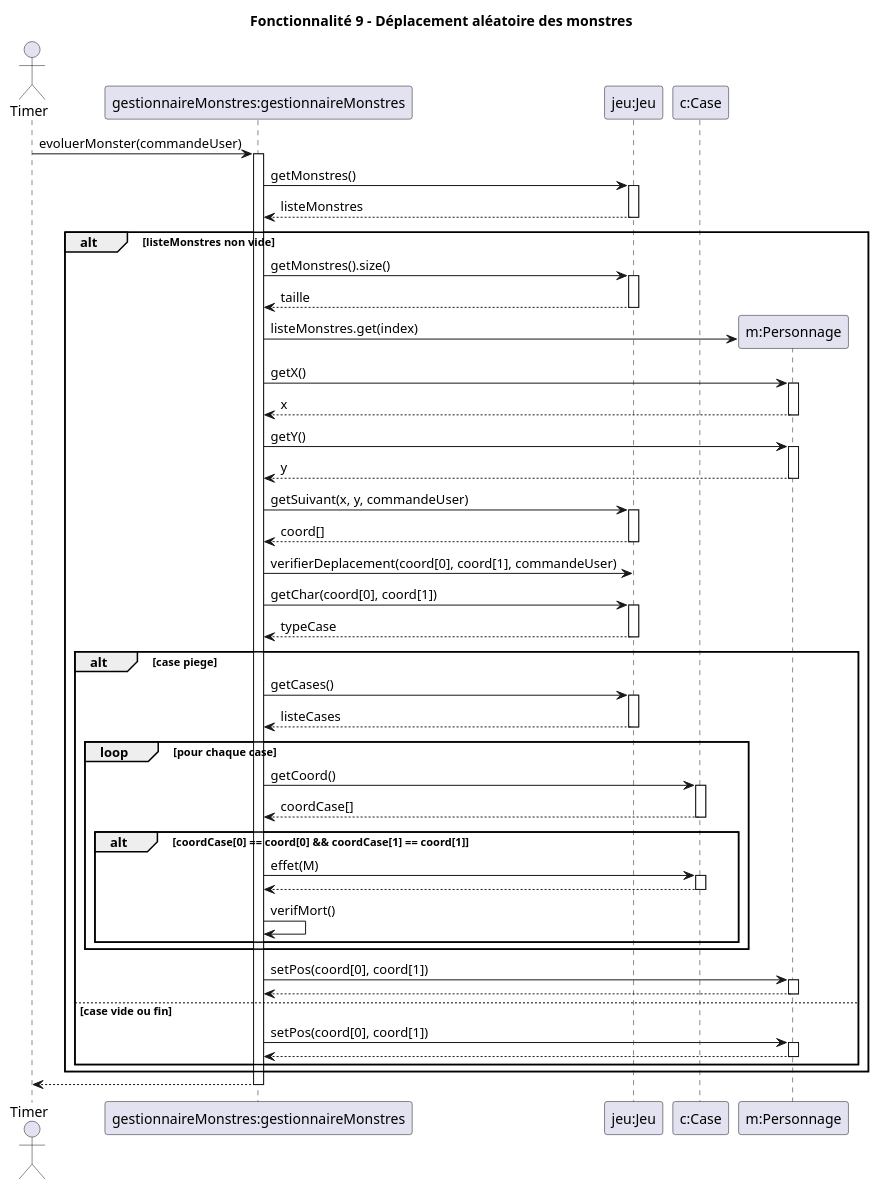
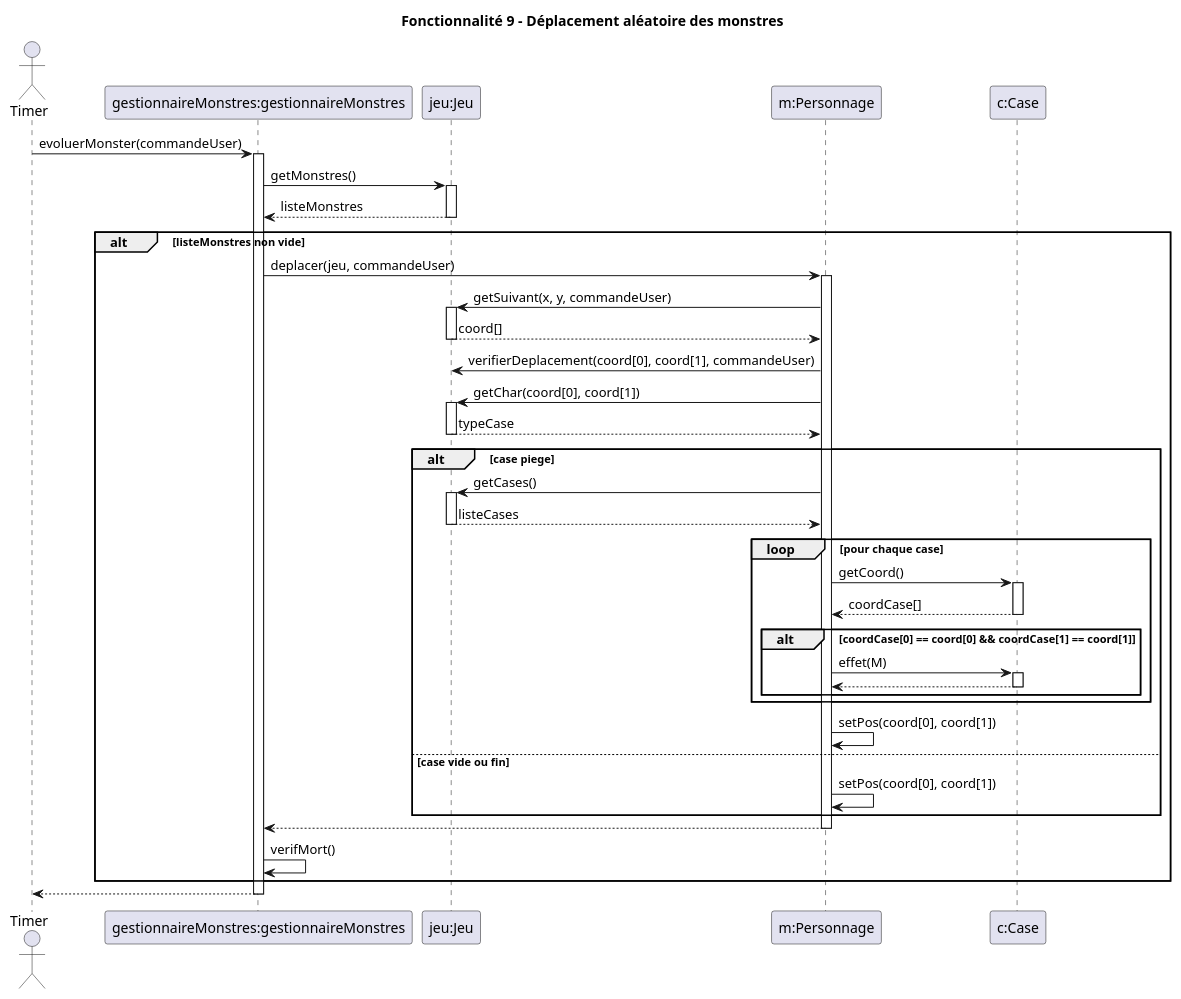
The diagram in documents/version_2/Diagrammes Séquence/Fonctionnalité 9.puml (lucas-martinati-pro/SAE_S2.01_Zeldiablo-LucasM_JeanLM_PierreGSV), drawn with PlantUML before and after one commit. The commit also changed 6 other files, not shown here.

Commit message:
add: Sol & refactor Jeu deplacer Perso

```diff
--- a/documents/version_2/Diagrammes Séquence/Fonctionnalité 9.puml
+++ b/documents/version_2/Diagrammes Séquence/Fonctionnalité 9.puml
@@ -1,83 +1,66 @@
 @startuml
 title Fonctionnalité 9 - Déplacement aléatoire des monstres
 
 actor Timer
 participant "gestionnaireMonstres:gestionnaireMonstres" as GM
 participant "jeu:Jeu" as Jeu
+participant "m:Personnage" as M
 participant "c:Case" as C
 
 Timer -> GM : evoluerMonster(commandeUser)
 activate GM
 
 GM -> Jeu : getMonstres()
 activate Jeu
 Jeu --> GM : listeMonstres
 deactivate Jeu
 
 alt listeMonstres non vide
-	GM -> Jeu : getMonstres().size()
+	GM -> M : deplacer(jeu, commandeUser)
+	activate M
+
+	M -> Jeu : getSuivant(x, y, commandeUser)
 	activate Jeu
-	Jeu --> GM : taille
+	Jeu --> M : coord[]
 	deactivate Jeu
 
-	create "m:Personnage" as M
-	GM -> M : listeMonstres.get(index)
+	M -> Jeu : verifierDeplacement(coord[0], coord[1], commandeUser)
 
-	GM -> M : getX()
-	activate M
-	M --> GM : x
-	deactivate M
-
-	GM -> M : getY()
-	activate M
-	M --> GM : y
-	deactivate M
-
-	GM -> Jeu : getSuivant(x, y, commandeUser)
+	M -> Jeu : getChar(coord[0], coord[1])
 	activate Jeu
-	Jeu --> GM : coord[]
-	deactivate Jeu
-
-	GM -> Jeu : verifierDeplacement(coord[0], coord[1], commandeUser)
-
-	GM -> Jeu : getChar(coord[0], coord[1])
-	activate Jeu
-	Jeu --> GM : typeCase
+	Jeu --> M : typeCase
 	deactivate Jeu
 
 	alt case piege
-		GM -> Jeu : getCases()
+		M -> Jeu : getCases()
 		activate Jeu
-		Jeu --> GM : listeCases
+		Jeu --> M : listeCases
 		deactivate Jeu
 
 		loop pour chaque case
-			GM -> C : getCoord()
+			M -> C : getCoord()
 			activate C
-			C --> GM : coordCase[]
+			C --> M : coordCase[]
 			deactivate C
 
 			alt coordCase[0] == coord[0] && coordCase[1] == coord[1]
-                GM -> C : effet(M)
+                M -> C : effet(M)
                 activate C
-                C --> GM
+                C --> M
                 deactivate C
-                GM -> GM : verifMort()
             end
 		end
-		GM -> M : setPos(coord[0], coord[1])
-		activate M
-		M --> GM
-		deactivate M
+		M -> M : setPos(coord[0], coord[1])
 	else case vide ou fin
-		GM -> M : setPos(coord[0], coord[1])
-		activate M
-		M --> GM
-		deactivate M
+		M -> M : setPos(coord[0], coord[1])
 	end
+	
+	M --> GM
+	deactivate M
+	
+	GM -> GM : verifMort()
 end
 
 GM --> Timer
 deactivate GM
-
 @enduml
```
